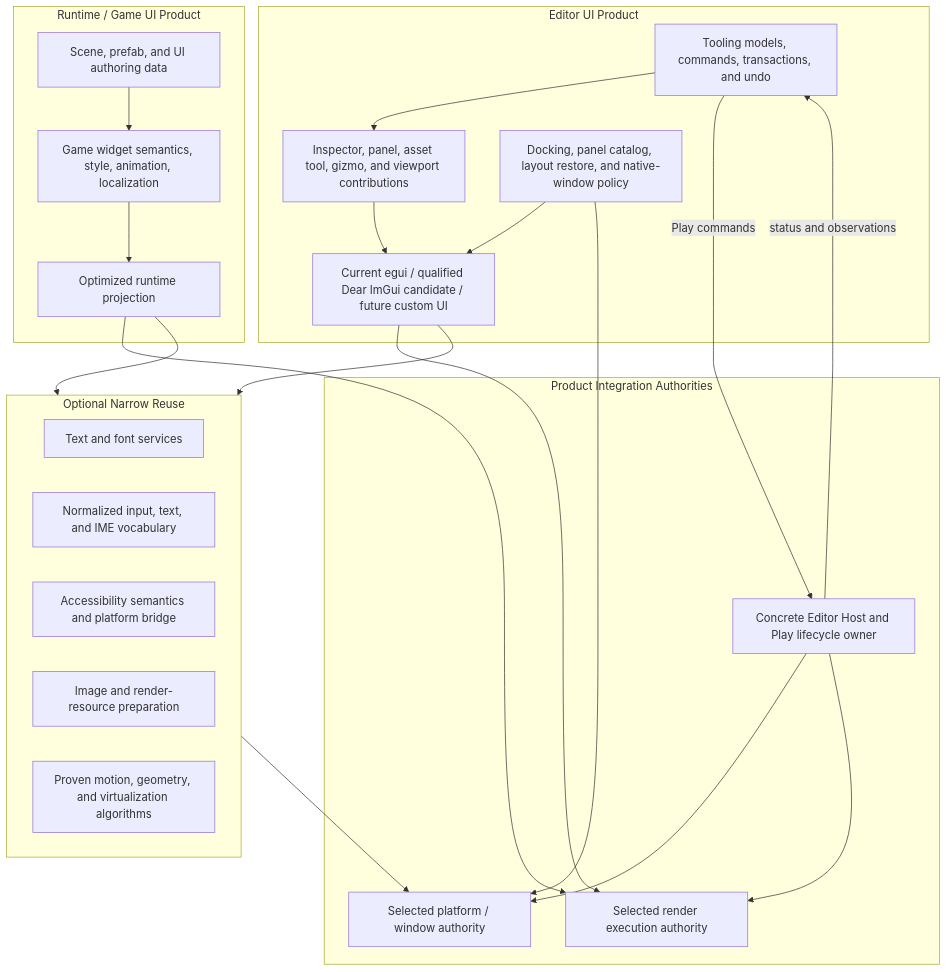
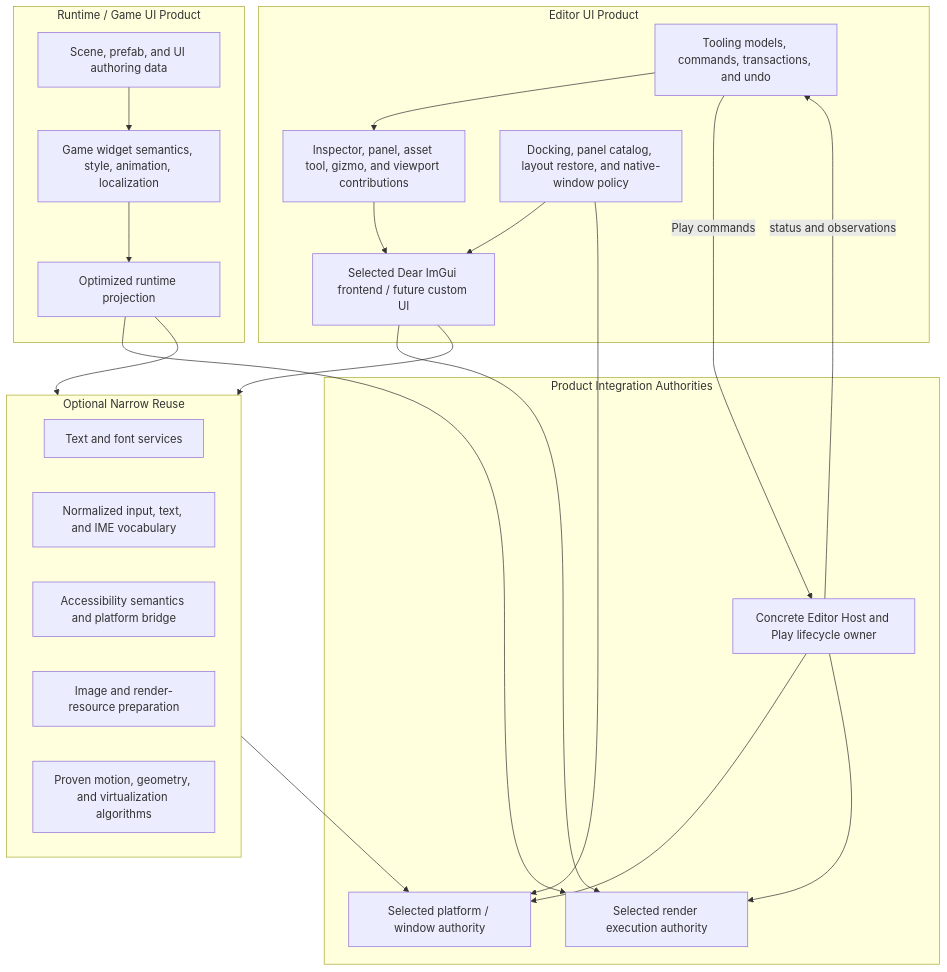
Before and after one commit to Latias94/nara: the diagram in docs/architecture/ui-product-boundaries-editor-dogfood-and-porting-strategy.md, drawn with Mermaid. The commit also changed other lines of this file and 112 other files, not shown here.

First line of the commit message:
refactor(editor)!: select Dear ImGui and remove egui (U8)

````diff
--- a/docs/architecture/ui-product-boundaries-editor-dogfood-and-porting-strategy.md
+++ b/docs/architecture/ui-product-boundaries-editor-dogfood-and-porting-strategy.md
@@ -60,43 +63,43 @@
 ```mermaid
 flowchart TB
   subgraph Game[Runtime / Game UI Product]
     GameDocs[Scene, prefab, and UI authoring data]
     GameSemantics[Game widget semantics, style, animation, localization]
     GameProjection[Optimized runtime projection]
     GameDocs --> GameSemantics --> GameProjection
   end
 
   subgraph Editor[Editor UI Product]
     Tooling[Tooling models, commands, transactions, and undo]
     Contributions[Inspector, panel, asset tool, gizmo, and viewport contributions]
-    Adapter[Current egui / qualified Dear ImGui candidate / future custom UI]
+    Adapter[Selected Dear ImGui frontend / future custom UI]
     Shell[Docking, panel catalog, layout restore, and native-window policy]
     Tooling --> Contributions --> Adapter
     Shell --> Adapter
   end
 
   subgraph Narrow[Optional Narrow Reuse]
     Text[Text and font services]
     Input[Normalized input, text, and IME vocabulary]
     A11y[Accessibility semantics and platform bridge]
     Resources[Image and render-resource preparation]
     Algorithms[Proven motion, geometry, and virtualization algorithms]
   end
 
   subgraph Authorities[Product Integration Authorities]
     EditorHost[Concrete Editor Host and Play lifecycle owner]
     Platform[Selected platform / window authority]
     Render[Selected render execution authority]
   end
 
   GameProjection --> Narrow
   Adapter --> Narrow
   GameProjection --> Render
   Adapter --> Render
   Shell --> Platform
   Tooling -->|Play commands| EditorHost
   EditorHost -->|status and observations| Tooling
   EditorHost --> Platform
   EditorHost --> Render
   Narrow --> Platform
 ```
````
